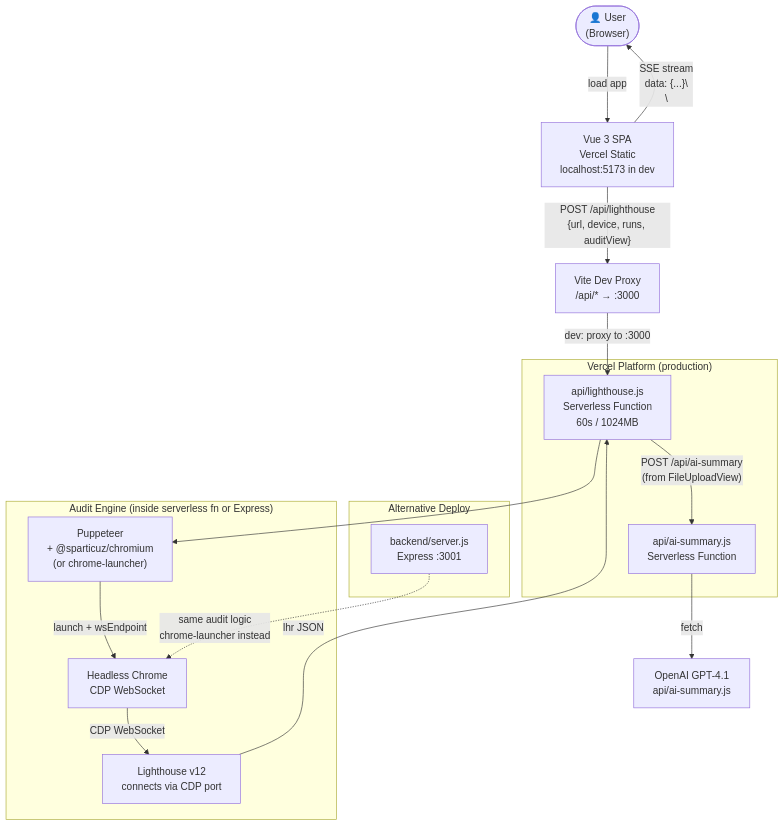
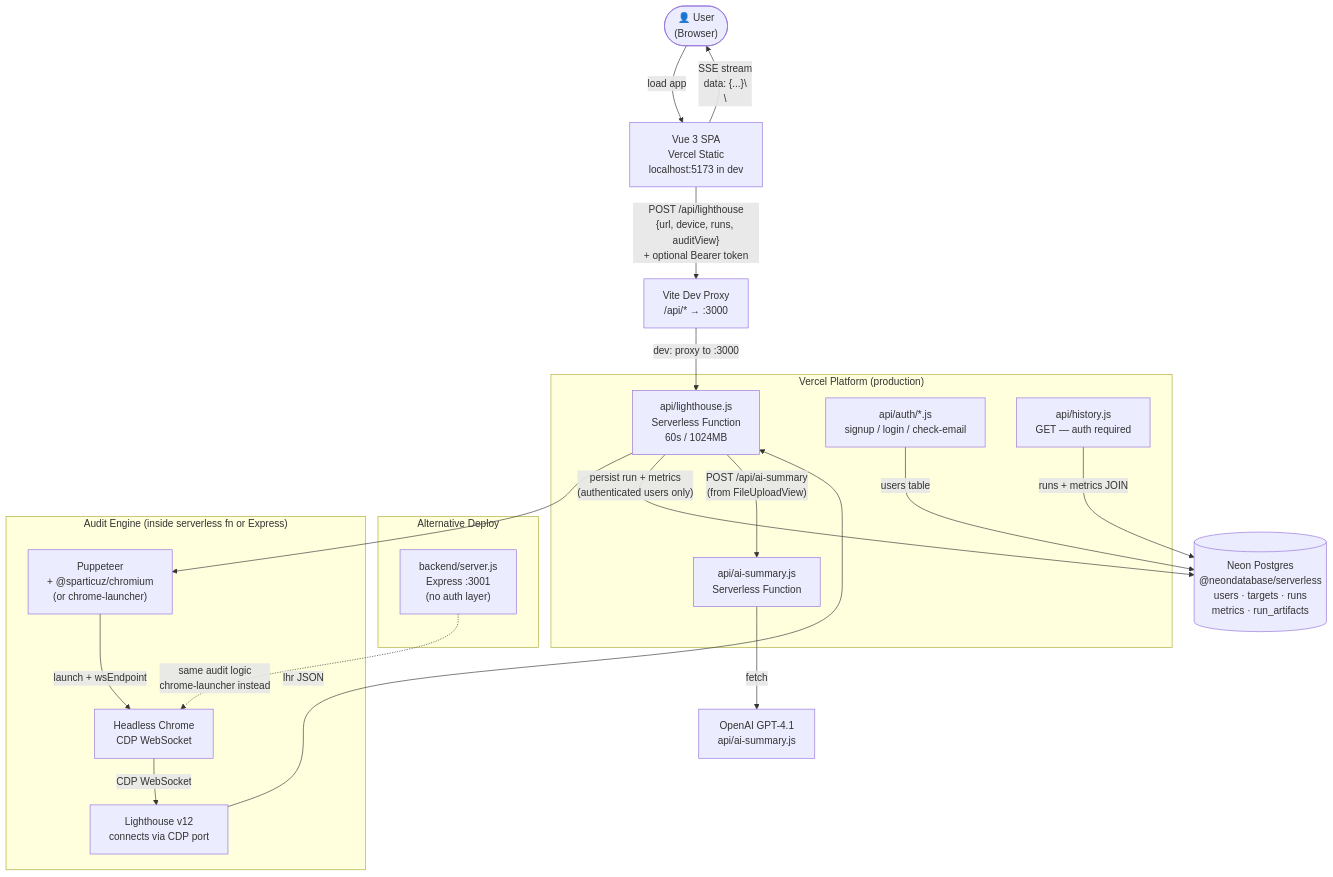
The first of 2 diagrams in docs/architecture.md (jainil04/lighthouse-performance-tests), drawn with Mermaid before and after one commit. The commit also changed other lines of this file and 33 other files, not shown here.

First line of the commit message:
[FEATURE] Implement authentication flow with login/signup and history views

````diff
--- a/docs/architecture.md
+++ b/docs/architecture.md
@@ -21,35 +21,41 @@
 ```mermaid
 flowchart TD
     User(["👤 User\n(Browser)"])
     SPA["Vue 3 SPA\nVercel Static\nlocalhost:5173 in dev"]
     Proxy["Vite Dev Proxy\n/api/* → :3000"]
 
     subgraph Production ["Vercel Platform (production)"]
         VFunc["api/lighthouse.js\nServerless Function\n60s / 1024MB"]
         VFunc2["api/ai-summary.js\nServerless Function"]
+        VFuncAuth["api/auth/*.js\nsignup / login / check-email"]
+        VFuncHistory["api/history.js\nGET — auth required"]
     end
 
     subgraph Alternative ["Alternative Deploy"]
-        Express["backend/server.js\nExpress :3001"]
+        Express["backend/server.js\nExpress :3001\n(no auth layer)"]
     end
 
     subgraph AuditEngine ["Audit Engine (inside serverless fn or Express)"]
         Puppeteer["Puppeteer\n+ @sparticuz/chromium\n(or chrome-launcher)"]
         Chrome["Headless Chrome\nCDP WebSocket"]
         LH["Lighthouse v12\nconnects via CDP port"]
     end
 
     OpenAI["OpenAI GPT-4.1\napi/ai-summary.js"]
+    NeonDB[("Neon Postgres\n@neondatabase/serverless\nusers · targets · runs\nmetrics · run_artifacts")]
 
     User -->|"load app"| SPA
-    SPA -->|"POST /api/lighthouse\n{url, device, runs, auditView}"| Proxy
+    SPA -->|"POST /api/lighthouse\n{url, device, runs, auditView}\n+ optional Bearer token"| Proxy
     Proxy -->|dev: proxy to :3000| VFunc
     SPA -->|"SSE stream\ndata: {...}\\n\\n"| User
     VFunc --> Puppeteer
     Puppeteer -->|"launch + wsEndpoint"| Chrome
     Chrome -->|"CDP WebSocket"| LH
     LH -->|"lhr JSON"| VFunc
+    VFunc -->|"persist run + metrics\n(authenticated users only)"| NeonDB
     VFunc -->|"POST /api/ai-summary\n(from FileUploadView)"| VFunc2
     VFunc2 -->|"fetch"| OpenAI
+    VFuncAuth -->|"users table"| NeonDB
+    VFuncHistory -->|"runs + metrics JOIN"| NeonDB
     Express -.->|"same audit logic\nchrome-launcher instead"| Chrome
 ```
````
